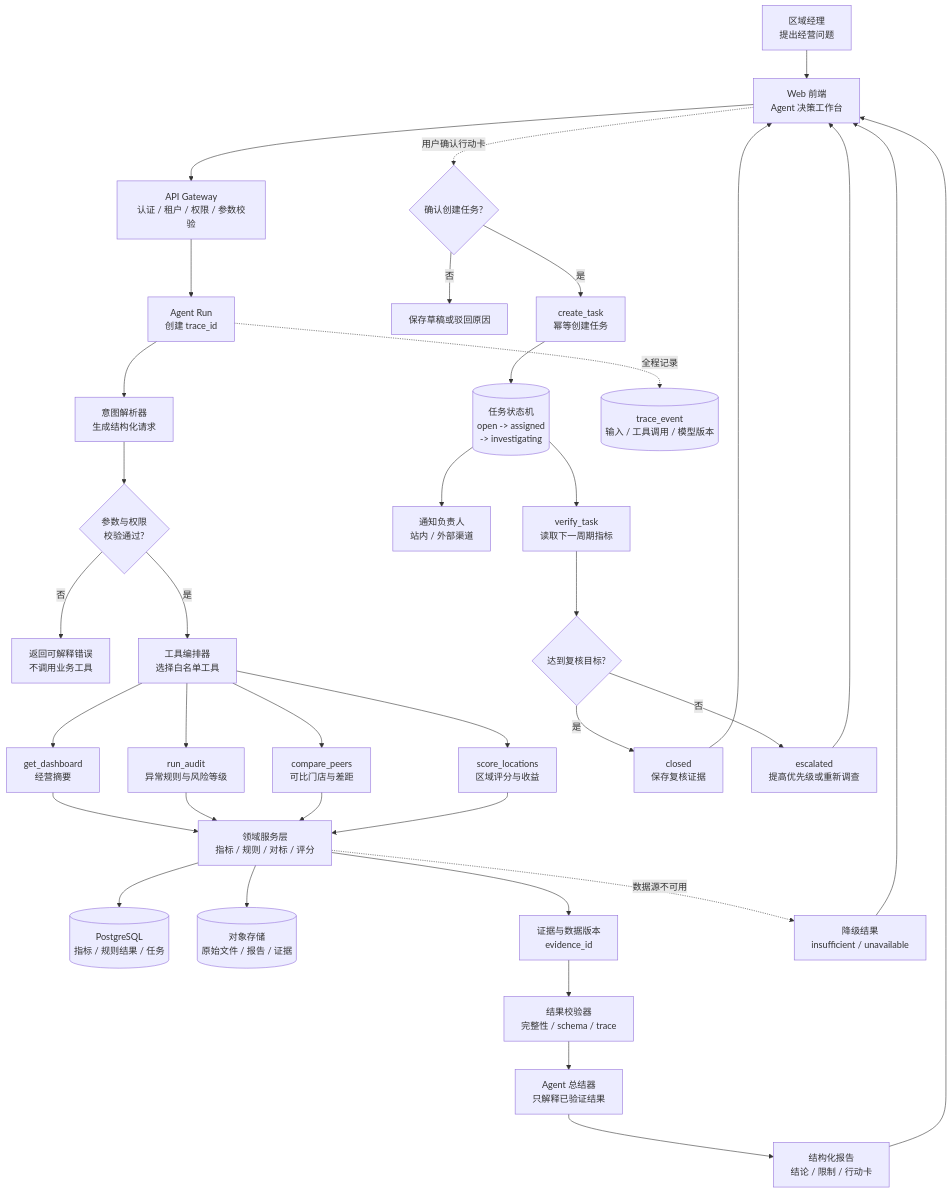
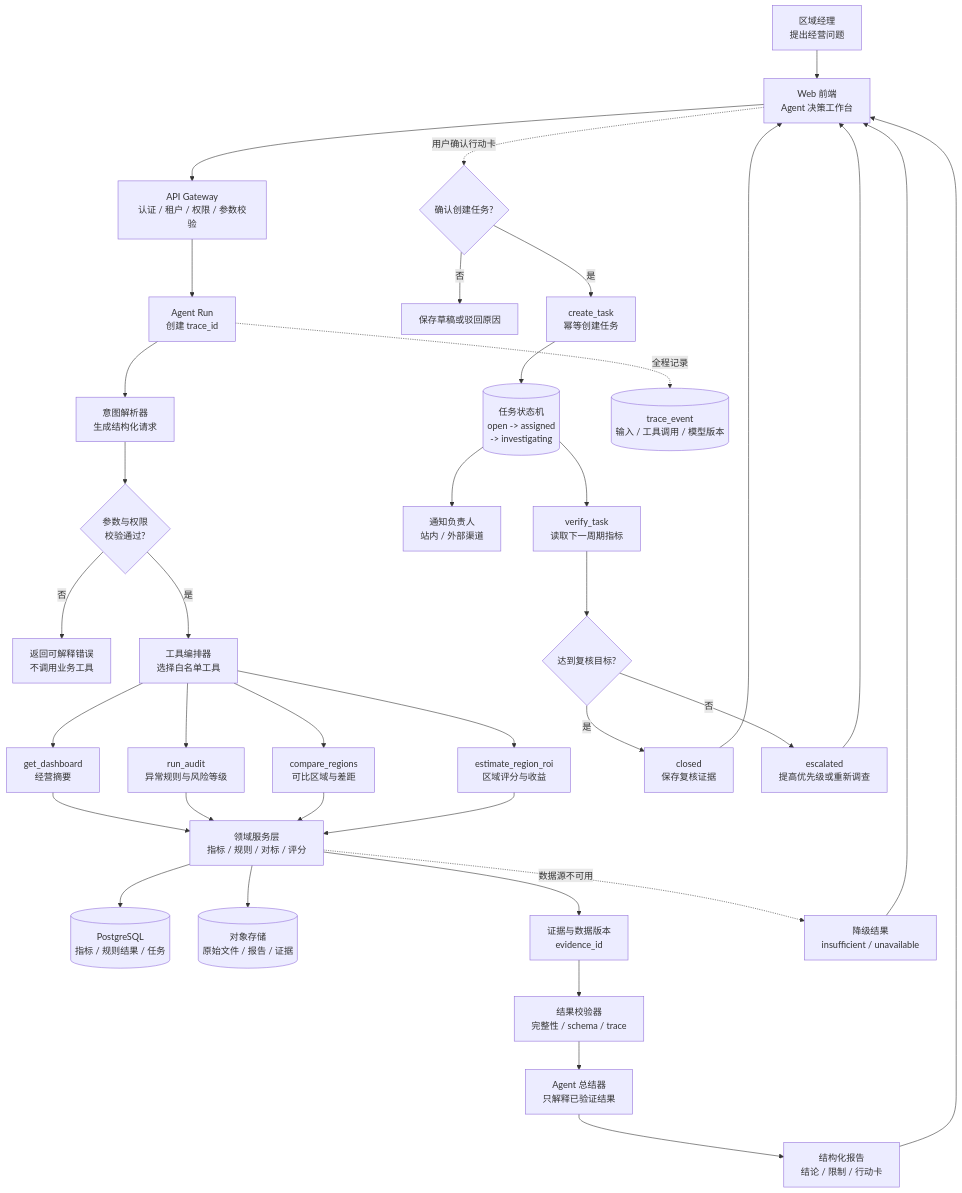
Before and after one commit to Daxcq/store-operating-risk-agent: the diagram in TECHNICAL_ARCHITECTURE.md, drawn with Mermaid. The commit also changed other lines of this file and 9 other files, not shown here.

````diff
--- a/TECHNICAL_ARCHITECTURE.md
+++ b/TECHNICAL_ARCHITECTURE.md
@@ -62,44 +62,44 @@
 ```mermaid
 flowchart TD
     U[区域经理<br/>提出经营问题] --> W[Web 前端<br/>Agent 决策工作台]
     W --> API[API Gateway<br/>认证 / 租户 / 权限 / 参数校验]
     API --> RUN[Agent Run<br/>创建 trace_id]
     RUN --> INTENT[意图解析器<br/>生成结构化请求]
     INTENT --> GUARD{参数与权限<br/>校验通过?}
     GUARD -- 否 --> ERR[返回可解释错误<br/>不调用业务工具]
     GUARD -- 是 --> PLAN[工具编排器<br/>选择白名单工具]
 
     PLAN --> DASH[get_dashboard<br/>经营摘要]
     PLAN --> AUDIT[run_audit<br/>异常规则与风险等级]
-    PLAN --> PEER[compare_peers<br/>可比门店与差距]
-    PLAN --> LOC[score_locations<br/>区域评分与收益]
+    PLAN --> PEER[compare_regions<br/>可比区域与差距]
+    PLAN --> LOC[estimate_region_roi<br/>区域评分与收益]
 
     DASH --> DOMAIN[领域服务层<br/>指标 / 规则 / 对标 / 评分]
     AUDIT --> DOMAIN
     PEER --> DOMAIN
     LOC --> DOMAIN
     DOMAIN --> DB[(PostgreSQL<br/>指标 / 规则结果 / 任务)]
     DOMAIN --> OBJ[(对象存储<br/>原始文件 / 报告 / 证据)]
     DOMAIN --> EVID[证据与数据版本<br/>evidence_id]
 
     EVID --> CHECK[结果校验器<br/>完整性 / schema / trace]
     CHECK --> SUMMARY[Agent 总结器<br/>只解释已验证结果]
     SUMMARY --> REPORT[结构化报告<br/>结论 / 限制 / 行动卡]
     REPORT --> W
 
     W -. 用户确认行动卡 .-> CONFIRM{确认创建任务?}
     CONFIRM -- 否 --> SAVE[保存草稿或驳回原因]
     CONFIRM -- 是 --> CREATE[create_task<br/>幂等创建任务]
     CREATE --> TASK[(任务状态机<br/>open -> assigned<br/>-> investigating)]
     TASK --> NOTIFY[通知负责人<br/>站内 / 外部渠道]
     TASK --> VERIFY[verify_task<br/>读取下一周期指标]
     VERIFY --> RESULT{达到复核目标?}
     RESULT -- 是 --> CLOSED[closed<br/>保存复核证据]
     RESULT -- 否 --> ESCALATE[escalated<br/>提高优先级或重新调查]
     CLOSED --> W
     ESCALATE --> W
 
     RUN -. 全程记录 .-> TRACE[(trace_event<br/>输入 / 工具调用 / 模型版本)]
     DOMAIN -. 数据源不可用 .-> DEGRADED[降级结果<br/>insufficient / unavailable]
     DEGRADED --> W
 ```
````
